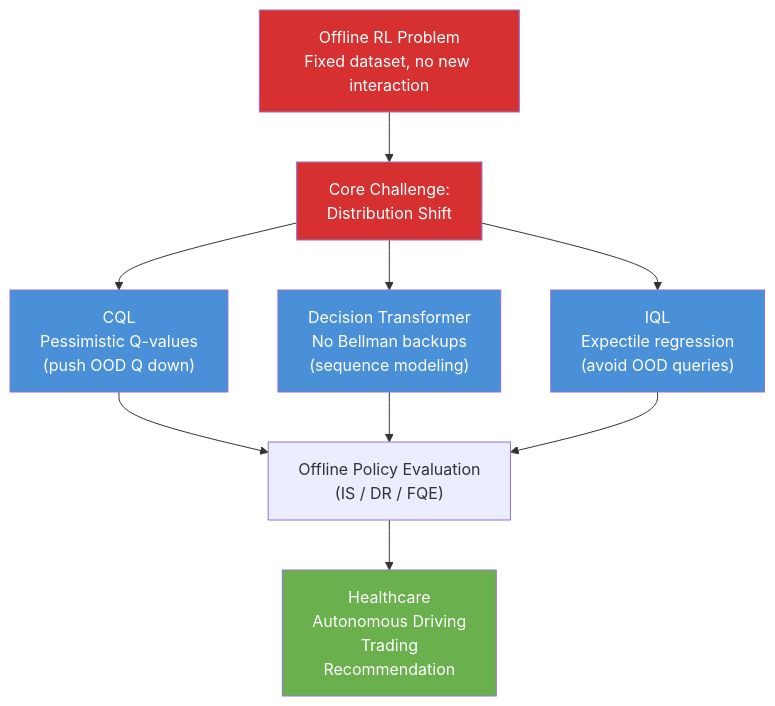
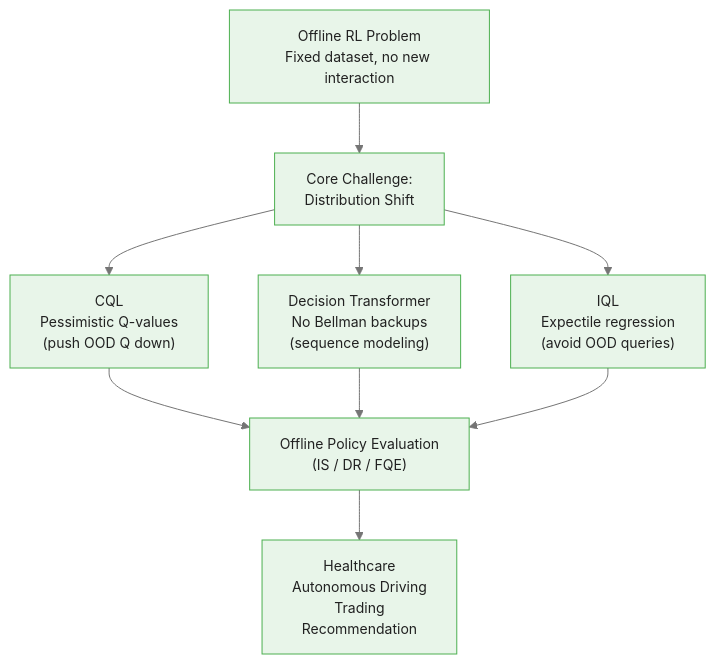
One commit to m-deane/course-creator changed the fourth of 4 diagrams in courses/reinforcement-learning/modules/module_09_frontiers/guides/02_offline_rl_slides.md. Above: the diagram before and after it, drawn with Mermaid. The commit also changed other lines of this file and 131 other files, not shown here.

````diff
--- a/courses/reinforcement-learning/modules/module_09_frontiers/guides/02_offline_rl_slides.md
+++ b/courses/reinforcement-learning/modules/module_09_frontiers/guides/02_offline_rl_slides.md
@@ -254,20 +277,15 @@
 ```mermaid
+%%{init: {"theme": "base", "themeVariables": {"primaryColor": "#e8f5e9", "primaryBorderColor": "#4caf50", "primaryTextColor": "#212121", "secondaryColor": "#e3f2fd", "tertiaryColor": "#fff8e1", "lineColor": "#757575", "fontFamily": "Inter, sans-serif", "fontSize": "14px"}}}%%
 flowchart TD
     Problem["Offline RL Problem\nFixed dataset, no new interaction"] --> DS["Core Challenge:\nDistribution Shift"]
     DS --> CQL["CQL\nPessimistic Q-values\n(push OOD Q down)"]
     DS --> DT["Decision Transformer\nNo Bellman backups\n(sequence modeling)"]
     DS --> IQL["IQL\nExpectile regression\n(avoid OOD queries)"]
 
     CQL --> Eval["Offline Policy Evaluation\n(IS / DR / FQE)"]
     DT --> Eval
     IQL --> Eval
 
     Eval --> Apps["Healthcare\nAutonomous Driving\nTrading\nRecommendation"]
 
-    style Problem fill:#d63031,color:#fff
-    style DS fill:#d63031,color:#fff
-    style CQL fill:#4A90D9,color:#fff
-    style DT fill:#4A90D9,color:#fff
-    style IQL fill:#4A90D9,color:#fff
-    style Apps fill:#6ab04c,color:#fff
 ```
````
